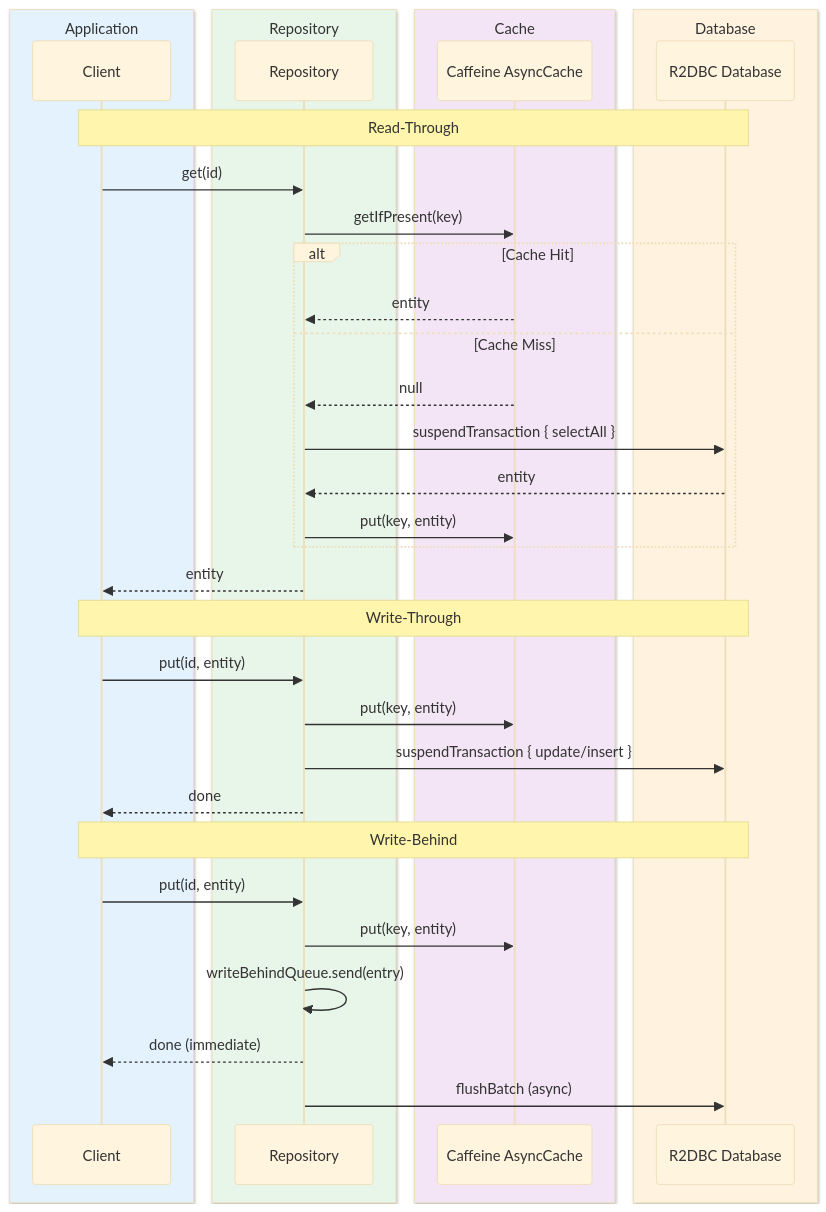
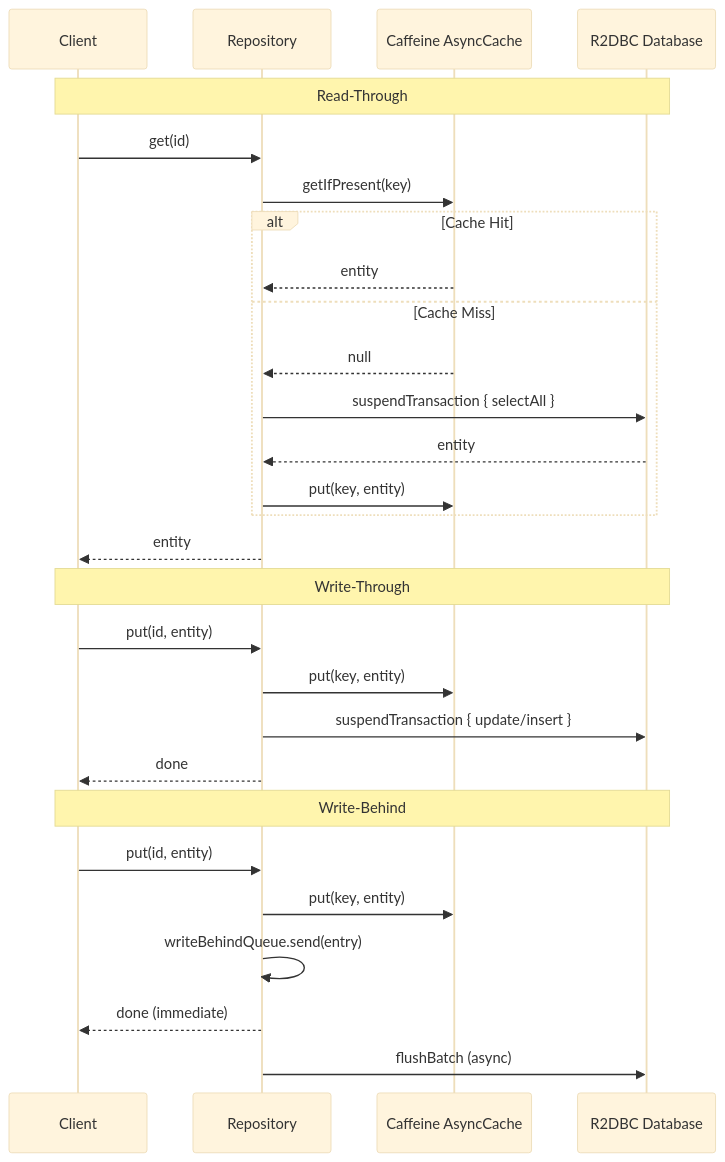
The second of 2 diagrams in data/exposed-r2dbc-caffeine/README.md (bluetape4k/bluetape4k-projects), drawn with Mermaid (base theme) before and after one commit. The commit also changed other lines of this file and 219 other files, not shown here.

First line of the commit message:
docs: 전체 README Mermaid 다이어그램 가이드 적용

````diff
--- a/data/exposed-r2dbc-caffeine/README.md
+++ b/data/exposed-r2dbc-caffeine/README.md
@@ -51,41 +51,33 @@
 ```mermaid
 sequenceDiagram
-    box rgb(227, 242, 253) Application
         participant Client
-    end
-    box rgb(232, 245, 233) Repository
         participant Repository
-    end
-    box rgb(243, 229, 245) Cache
         participant Caffeine as Caffeine AsyncCache
-    end
-    box rgb(255, 243, 224) Database
         participant DB as R2DBC Database
-    end
 
     Note over Client,DB: Read-Through
     Client->>Repository: get(id)
     Repository->>Caffeine: getIfPresent(key)
     alt Cache Hit
         Caffeine-->>Repository: entity
     else Cache Miss
         Caffeine-->>Repository: null
         Repository->>DB: suspendTransaction { selectAll }
         DB-->>Repository: entity
         Repository->>Caffeine: put(key, entity)
     end
     Repository-->>Client: entity
 
     Note over Client,DB: Write-Through
     Client->>Repository: put(id, entity)
     Repository->>Caffeine: put(key, entity)
     Repository->>DB: suspendTransaction { update/insert }
     Repository-->>Client: done
 
     Note over Client,DB: Write-Behind
     Client->>Repository: put(id, entity)
     Repository->>Caffeine: put(key, entity)
     Repository->>Repository: writeBehindQueue.send(entry)
     Repository-->>Client: done (immediate)
     Repository->>DB: flushBatch (async)
 ```
````
